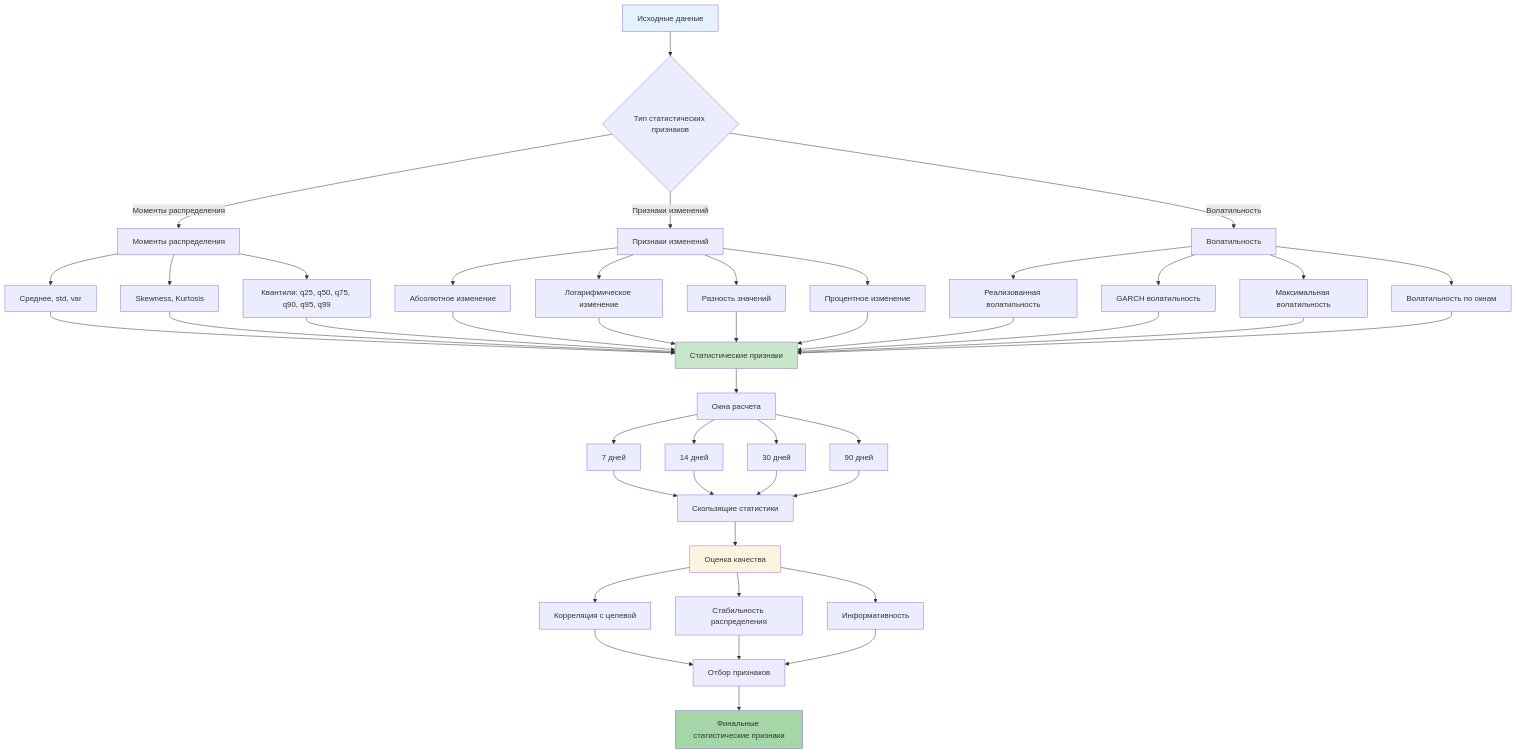
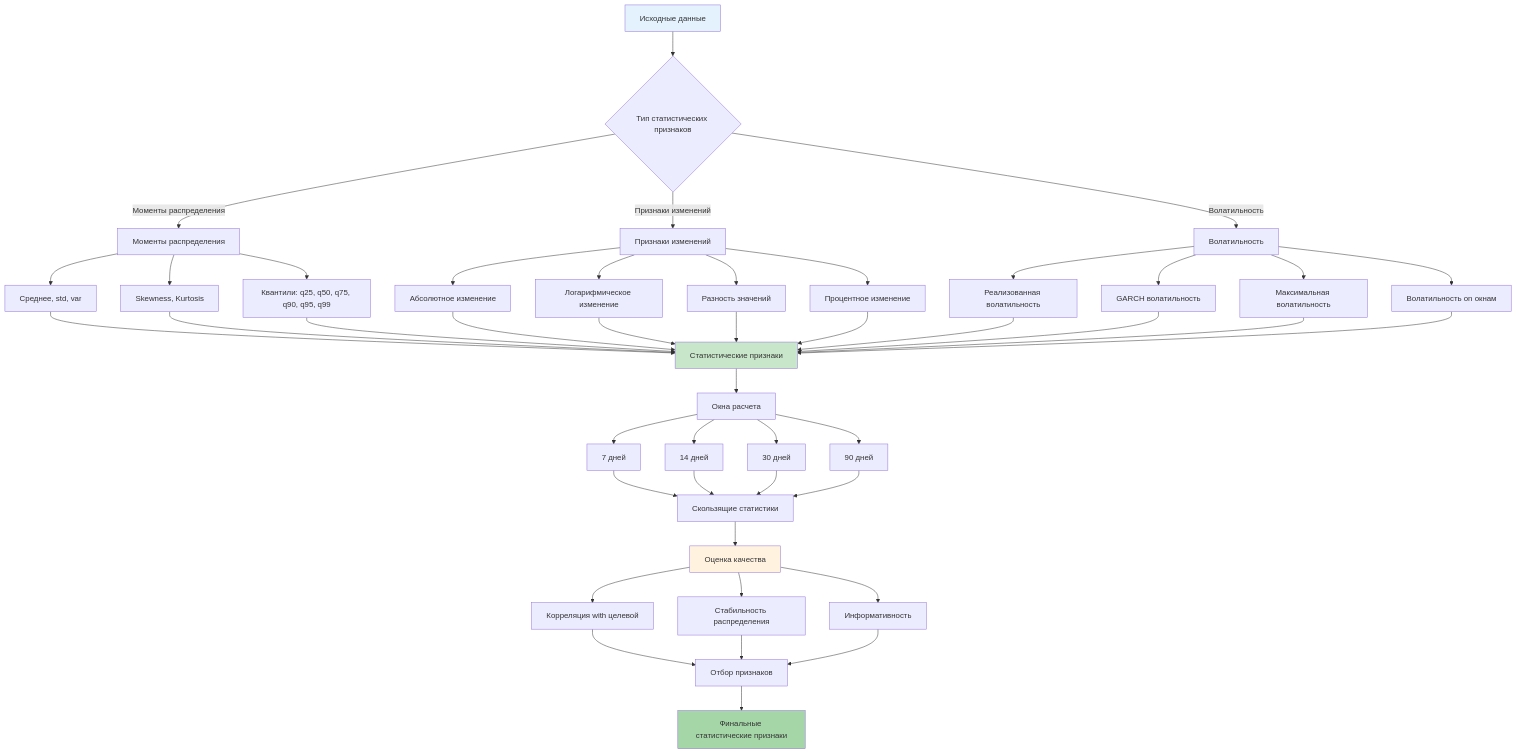
One commit to NeoZorK/neozork-hld-prediction changed the fourth of 9 diagrams in docs/automl/gluon/28_feature_generation_advanced.md. Above: the diagram before and after it, drawn with Mermaid. The commit also changed other lines of this file and 19 other files, not shown here.

````diff
--- a/docs/automl/gluon/28_feature_generation_advanced.md
+++ b/docs/automl/gluon/28_feature_generation_advanced.md
@@ -966,61 +966,61 @@
 ```mermaid
 graph TD
-    A[Исходные данные] --> B{Тип статистических признаков}
-    
-    B -->|Моменты распределения| C[Моменты распределения]
-    B -->|Признаки изменений| D[Признаки изменений]
-    B -->|Волатильность| E[Волатильность]
-    
-    C --> C1[Среднее, std, var]
-    C --> C2[Skewness, Kurtosis]
-    C --> C3[Квантили: q25, q50, q75, q90, q95, q99]
-    
-    D --> D1[Абсолютное изменение]
-    D --> D2[Логарифмическое изменение]
-    D --> D3[Разность значений]
-    D --> D4[Процентное изменение]
-    
-    E --> E1[Реализованная волатильность]
-    E --> E2[GARCH волатильность]
-    E --> E3[Максимальная волатильность]
-    E --> E4[Волатильность по окнам]
-    
-    C1 --> F[Статистические признаки]
-    C2 --> F
-    C3 --> F
-    D1 --> F
-    D2 --> F
-    D3 --> F
-    D4 --> F
-    E1 --> F
-    E2 --> F
-    E3 --> F
-    E4 --> F
-    
-    F --> G[Окна расчета]
-    G --> G1[7 дней]
-    G --> G2[14 дней]
-    G --> G3[30 дней]
-    G --> G4[90 дней]
-    
-    G1 --> H[Скользящие статистики]
-    G2 --> H
-    G3 --> H
-    G4 --> H
-    
-    H --> I[Оценка качества]
-    I --> J[Корреляция с целевой]
-    I --> K[Стабильность распределения]
-    I --> L[Информативность]
-    
-    J --> M[Отбор признаков]
-    K --> M
-    L --> M
-    
-    M --> N[Финальные статистические признаки]
-    
-    style A fill:#e3f2fd
-    style F fill:#c8e6c9
-    style N fill:#a5d6a7
-    style I fill:#fff3e0
+ A[Исходные данные] --> B{Тип статистических признаков}
+
+ B -->|Моменты распределения| C[Моменты распределения]
+ B -->|Признаки изменений| D[Признаки изменений]
+ B -->|Волатильность| E[Волатильность]
+
+ C --> C1[Среднее, std, var]
+ C --> C2[Skewness, Kurtosis]
+ C --> C3[Квантили: q25, q50, q75, q90, q95, q99]
+
+ D --> D1[Абсолютное изменение]
+ D --> D2[Логарифмическое изменение]
+ D --> D3[Разность значений]
+ D --> D4[Процентное изменение]
+
+ E --> E1[Реализованная волатильность]
+ E --> E2[GARCH волатильность]
+ E --> E3[Максимальная волатильность]
+ E --> E4[Волатильность on окнам]
+
+ C1 --> F[Статистические признаки]
+ C2 --> F
+ C3 --> F
+ D1 --> F
+ D2 --> F
+ D3 --> F
+ D4 --> F
+ E1 --> F
+ E2 --> F
+ E3 --> F
+ E4 --> F
+
+ F --> G[Окна расчета]
+ G --> G1[7 дней]
+ G --> G2[14 дней]
+ G --> G3[30 дней]
+ G --> G4[90 дней]
+
+ G1 --> H[Скользящие статистики]
+ G2 --> H
+ G3 --> H
+ G4 --> H
+
+ H --> I[Оценка качества]
+ I --> J[Корреляция with целевой]
+ I --> K[Стабильность распределения]
+ I --> L[Информативность]
+
+ J --> M[Отбор признаков]
+ K --> M
+ L --> M
+
+ M --> N[Финальные статистические признаки]
+
+ style A fill:#e3f2fd
+ style F fill:#c8e6c9
+ style N fill:#a5d6a7
+ style I fill:#fff3e0
 ```
````
